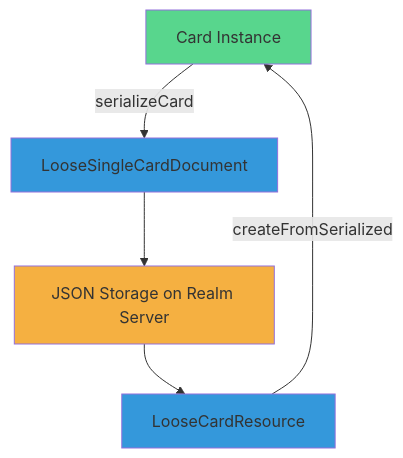
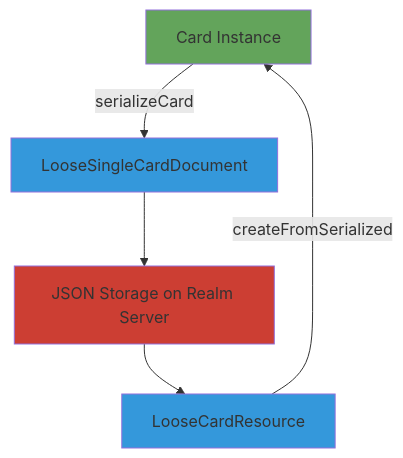
The diagram in docs/card-serialization-deserialization.md (cardstack/boxel), drawn with Mermaid before and after one commit.

Commit message:
Improve coloring

````diff
--- a/docs/card-serialization-deserialization.md
+++ b/docs/card-serialization-deserialization.md
@@ -3,13 +3,13 @@
 ```mermaid
 flowchart TB
 
     A[Card Instance] --> |serializeCard| B[LooseSingleCardDocument]
     B --> C
     E[LooseCardResource] -->|createFromSerialized| A
     C[JSON Storage on Realm Server] --> E
 
-    style A fill:#58D68D
+    style A fill:#63a45b
     style B fill:#3498DB
-    style C fill:#F5B041
+    style C fill:#cc3e33
     style E fill:#3498DB
 ```
````
